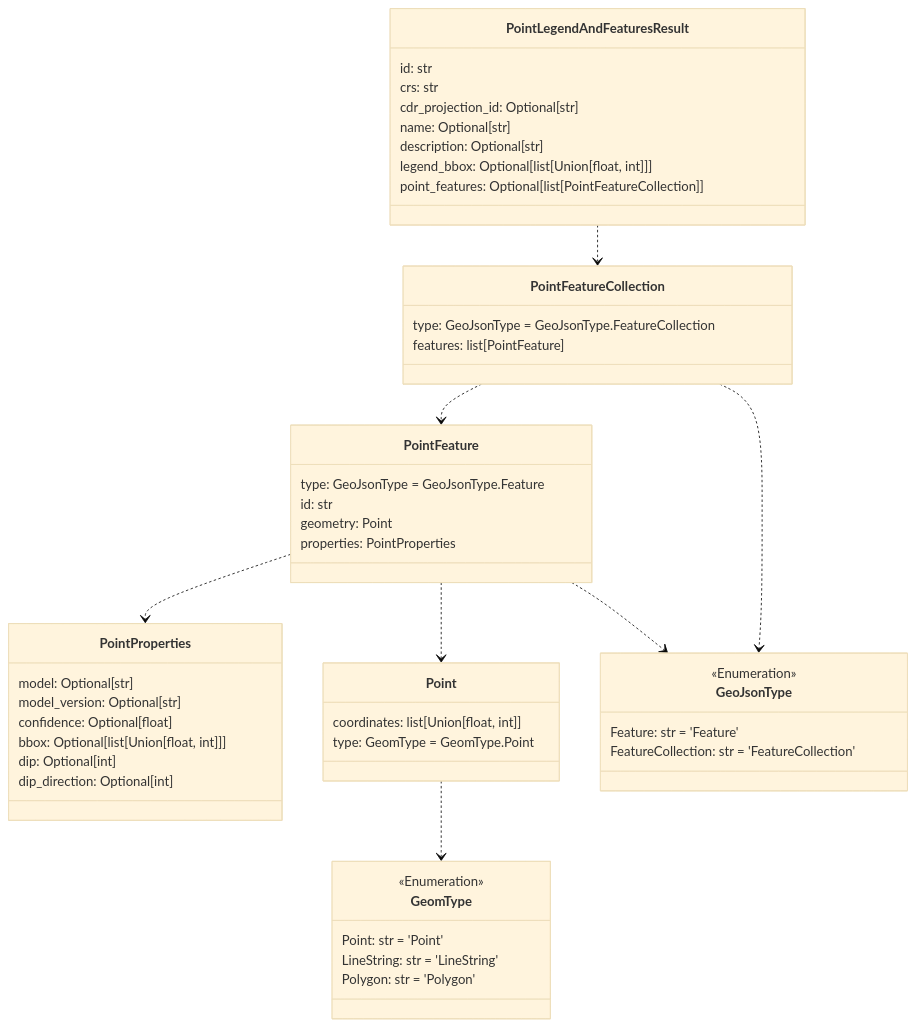
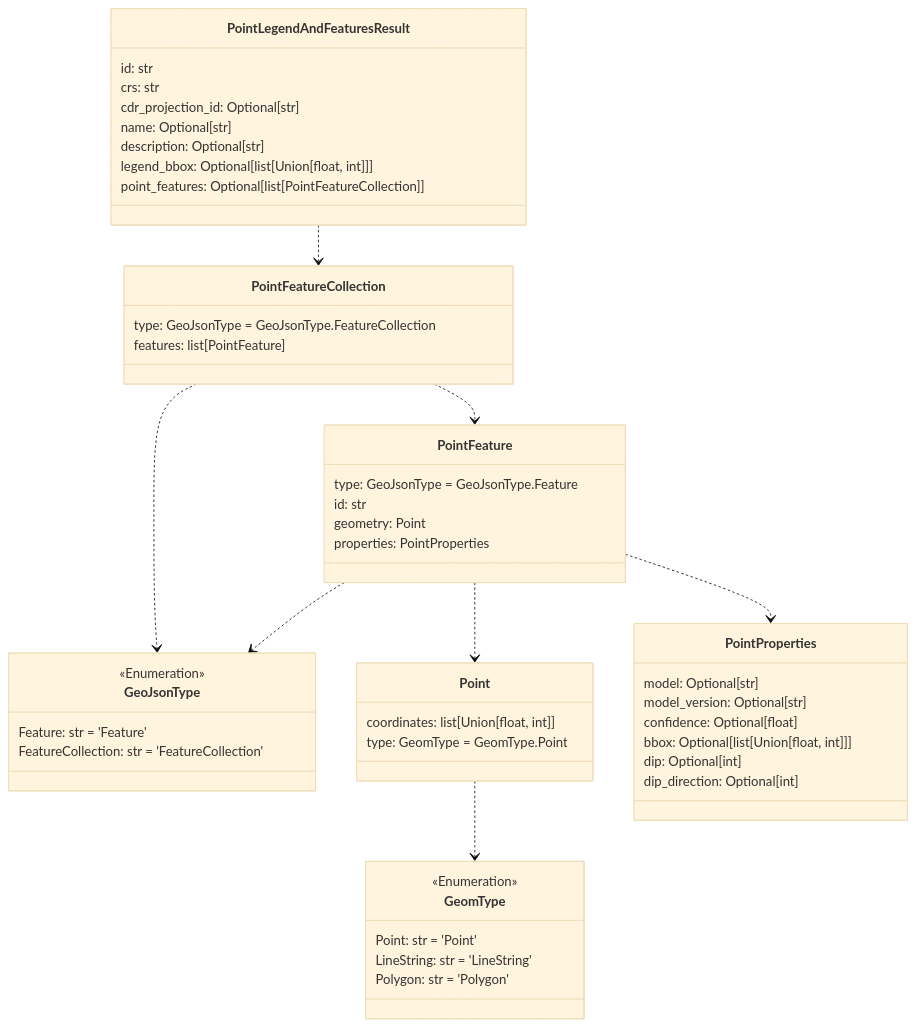
One commit to DARPA-CRITICALMAAS/cdr_schemas changed the fifth of 12 diagrams in README.md. Above: the diagram before and after it, drawn with Mermaid (base theme). The commit also changed other lines of this file and 1 other file, not shown here.

````diff
--- a/README.md
+++ b/README.md
@@ -332,62 +332,62 @@
 ```mermaid
 classDiagram
+
+    class GeomType {
+        <<Enumeration>>
+        Point: str = 'Point'
+        LineString: str = 'LineString'
+        Polygon: str = 'Polygon'
+    }
 
     class PointFeatureCollection {
         type: GeoJsonType = GeoJsonType.FeatureCollection
         features: list[PointFeature]
+    }
+
+    class GeoJsonType {
+        <<Enumeration>>
+        Feature: str = 'Feature'
+        FeatureCollection: str = 'FeatureCollection'
+    }
+
+    class PointLegendAndFeaturesResult {
+        id: str
+        crs: str
+        cdr_projection_id: Optional[str]
+        name: Optional[str]
+        description: Optional[str]
+        legend_bbox: Optional[list[Union[float, int]]]
+        point_features: Optional[list[PointFeatureCollection]]
+    }
+
+    class Point {
+        coordinates: list[Union[float, int]]
+        type: GeomType = GeomType.Point
     }
 
     class PointFeature {
         type: GeoJsonType = GeoJsonType.Feature
         id: str
         geometry: Point
         properties: PointProperties
     }
 
     class PointProperties {
         model: Optional[str]
         model_version: Optional[str]
         confidence: Optional[float]
         bbox: Optional[list[Union[float, int]]]
         dip: Optional[int]
         dip_direction: Optional[int]
     }
 
-    class PointLegendAndFeaturesResult {
-        id: str
-        crs: str
-        cdr_projection_id: Optional[str]
-        name: Optional[str]
-        description: Optional[str]
-        legend_bbox: Optional[list[Union[float, int]]]
-        point_features: Optional[list[PointFeatureCollection]]
-    }
-
-    class Point {
-        coordinates: list[Union[float, int]]
-        type: GeomType = GeomType.Point
-    }
-
-    class GeomType {
-        <<Enumeration>>
-        Point: str = 'Point'
-        LineString: str = 'LineString'
-        Polygon: str = 'Polygon'
-    }
-
-    class GeoJsonType {
-        <<Enumeration>>
-        Feature: str = 'Feature'
-        FeatureCollection: str = 'FeatureCollection'
-    }
-
     Point ..> GeomType
-    PointFeature ..> PointProperties
     PointFeature ..> Point
     PointFeature ..> GeoJsonType
+    PointFeature ..> PointProperties
     PointFeatureCollection ..> PointFeature
     PointFeatureCollection ..> GeoJsonType
     PointLegendAndFeaturesResult ..> PointFeatureCollection
 
 
 ```
````
